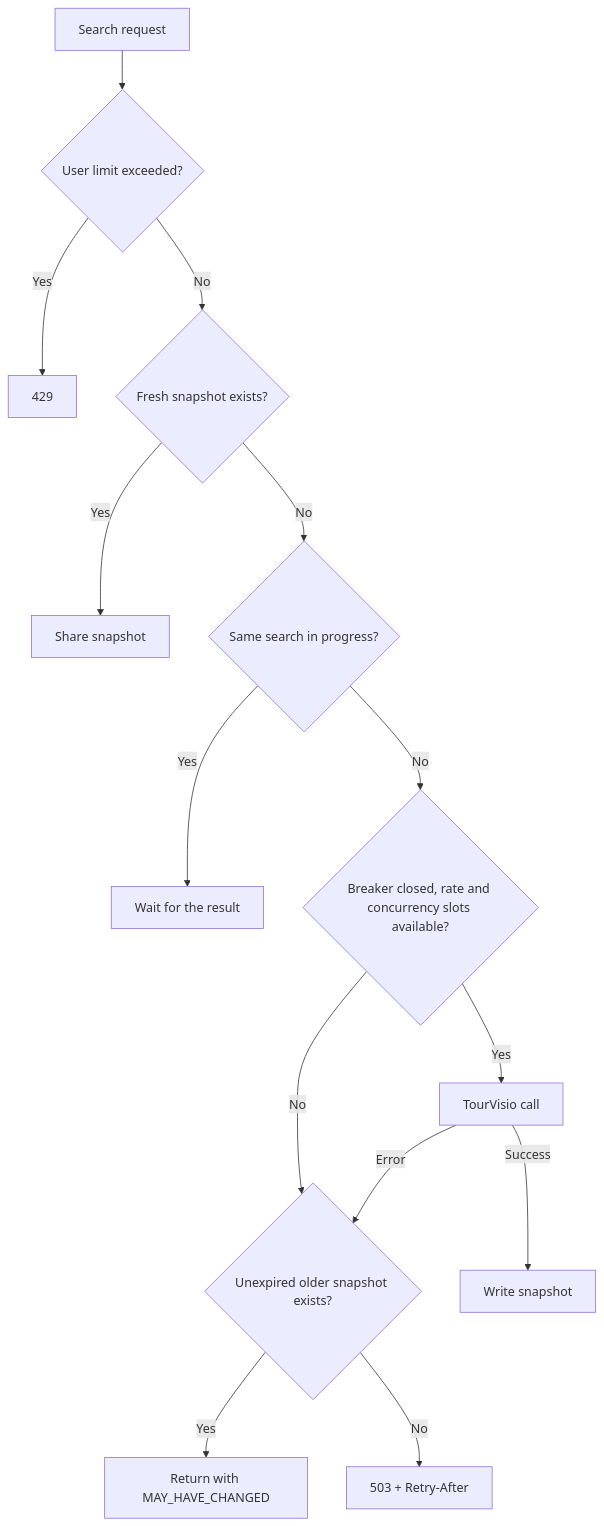
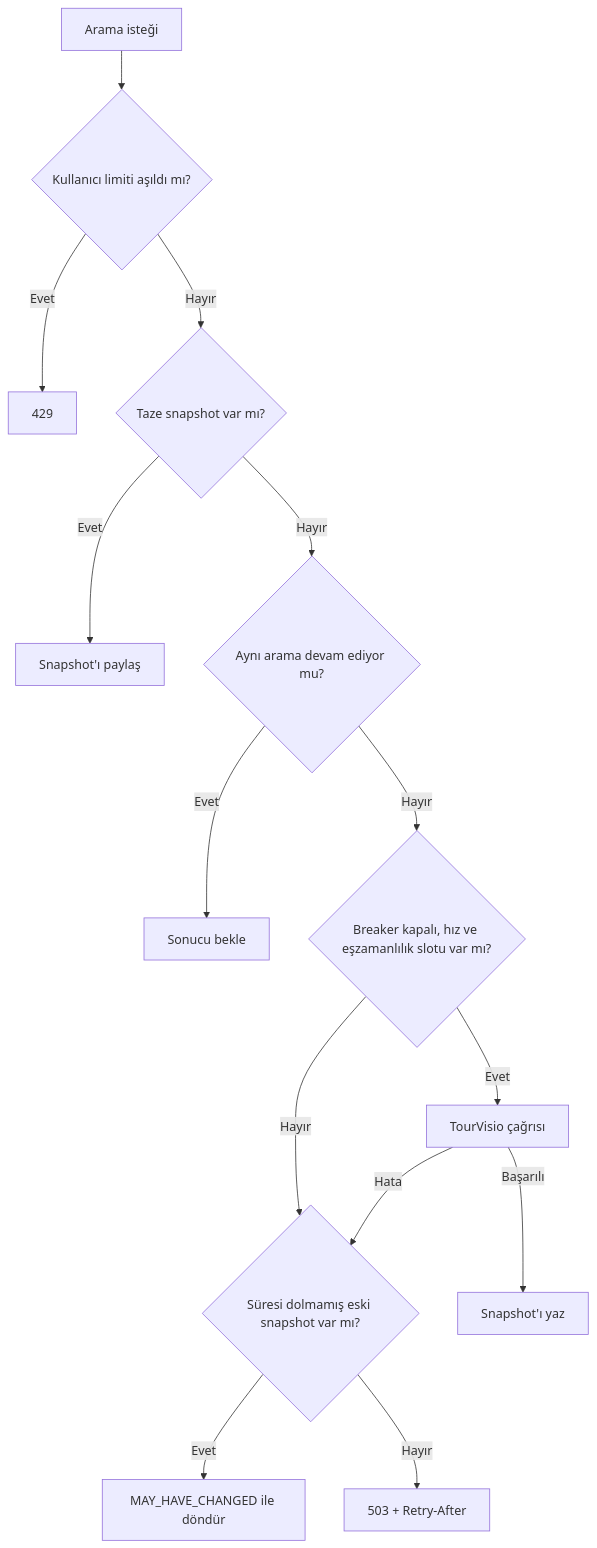
One commit to orhanberamus1/gidiyorum changed the fifth of 5 diagrams in README.md. Above: the diagram before and after it, drawn with Mermaid. The commit also changed other lines of this file and 2 other files, not shown here.

````diff
--- a/README.md
+++ b/README.md
@@ -461,16 +463,16 @@
 ```mermaid
 flowchart TD
-    A["Search request"] --> B{"User limit exceeded?"}
-    B -->|Yes| C["429"]
-    B -->|No| D{"Fresh snapshot exists?"}
-    D -->|Yes| E["Share snapshot"]
-    D -->|No| F{"Same search in progress?"}
-    F -->|Yes| G["Wait for the result"]
-    F -->|No| H{"Breaker closed, rate and concurrency slots available?"}
-    H -->|Yes| I["TourVisio call"]
-    H -->|No| J{"Unexpired older snapshot exists?"}
-    J -->|Yes| K["Return with MAY_HAVE_CHANGED"]
-    J -->|No| L["503 + Retry-After"]
-    I -->|Success| M["Write snapshot"]
-    I -->|Error| J
+    A["Arama isteği"] --> B{"Kullanıcı limiti aşıldı mı?"}
+    B -->|Evet| C["429"]
+    B -->|Hayır| D{"Taze snapshot var mı?"}
+    D -->|Evet| E["Snapshot'ı paylaş"]
+    D -->|Hayır| F{"Aynı arama devam ediyor mu?"}
+    F -->|Evet| G["Sonucu bekle"]
+    F -->|Hayır| H{"Breaker kapalı, hız ve eşzamanlılık slotu var mı?"}
+    H -->|Evet| I["TourVisio çağrısı"]
+    H -->|Hayır| J{"Süresi dolmamış eski snapshot var mı?"}
+    J -->|Evet| K["MAY_HAVE_CHANGED ile döndür"]
+    J -->|Hayır| L["503 + Retry-After"]
+    I -->|Başarılı| M["Snapshot'ı yaz"]
+    I -->|Hata| J
 ```
````
